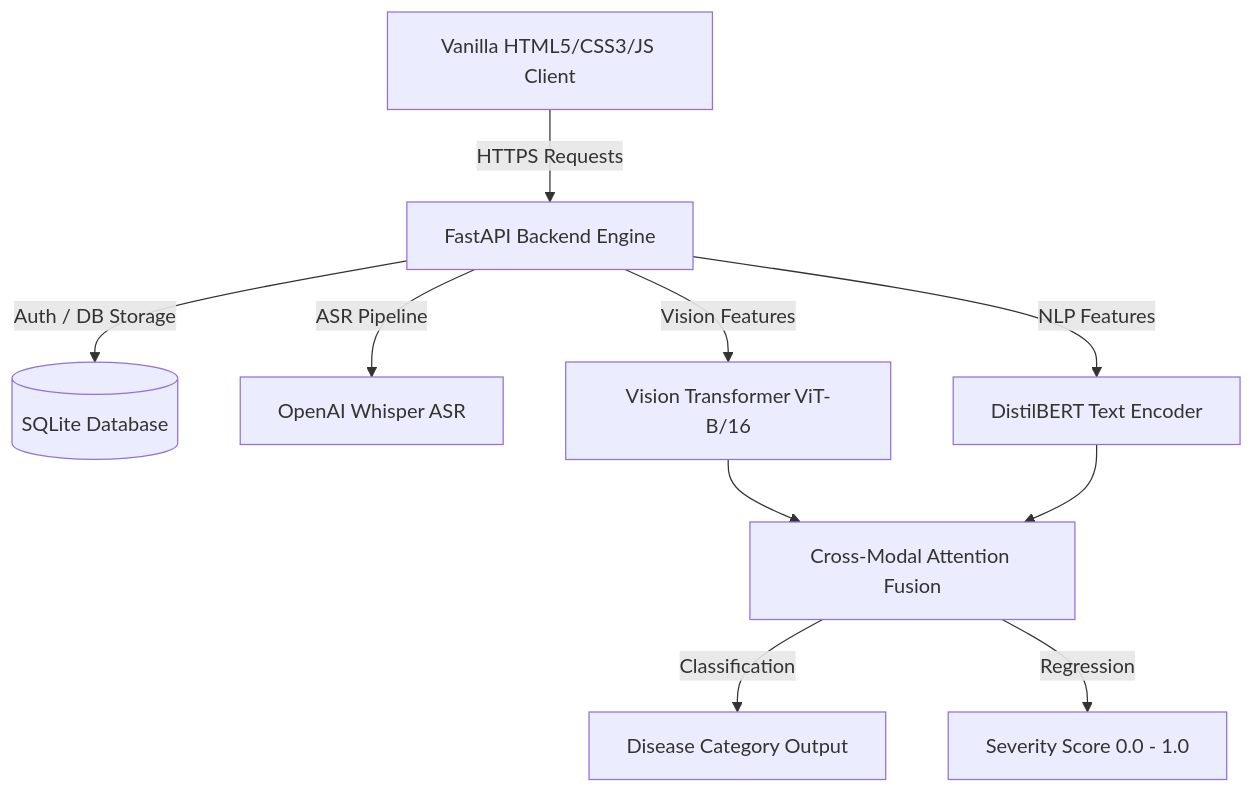
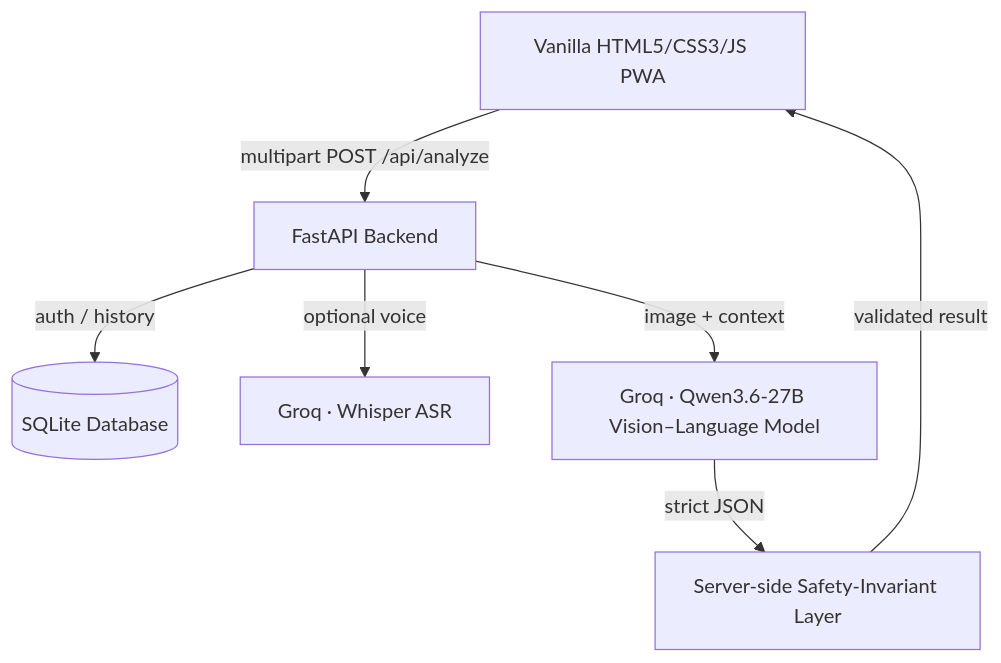
One commit to Sarifkhan1/AgriDoctor changed the diagram in project_reference_sheet.md. Above: the diagram before and after it, drawn with Mermaid. The commit also changed other lines of this file and 23 other files, not shown here.

Commit message:
feat: Add hybrid CNN/LLM flow, optimize model inference, and enhance modern UI light/dark mode

````diff
--- a/project_reference_sheet.md
+++ b/project_reference_sheet.md
@@ -48,12 +68,9 @@
 ```mermaid
 graph TD
-    Client[Vanilla HTML5/CSS3/JS Client] -->|HTTPS Requests| API[FastAPI Backend Engine]
-    API -->|Auth / DB Storage| DB[(SQLite Database)]
-    API -->|ASR Pipeline| Whisper[OpenAI Whisper ASR]
-    API -->|NLP Features| DistilBERT[DistilBERT Text Encoder]
-    API -->|Vision Features| ViT[Vision Transformer ViT-B/16]
-    ViT --> Fusion[Cross-Modal Attention Fusion]
-    DistilBERT --> Fusion
-    Fusion -->|Classification| Disease[Disease Category Output]
-    Fusion -->|Regression| Severity[Severity Score 0.0 - 1.0]
+    Client[Vanilla HTML5/CSS3/JS PWA] -->|multipart POST /api/analyze| API[FastAPI Backend]
+    API -->|auth / history| DB[(SQLite Database)]
+    API -->|optional voice| Whisper[Groq · Whisper ASR]
+    API -->|image + context| VLM[Groq · Qwen3.6-27B Vision–Language Model]
+    VLM -->|strict JSON| Safety[Server-side Safety-Invariant Layer]
+    Safety -->|validated result| Client
 ```
````
